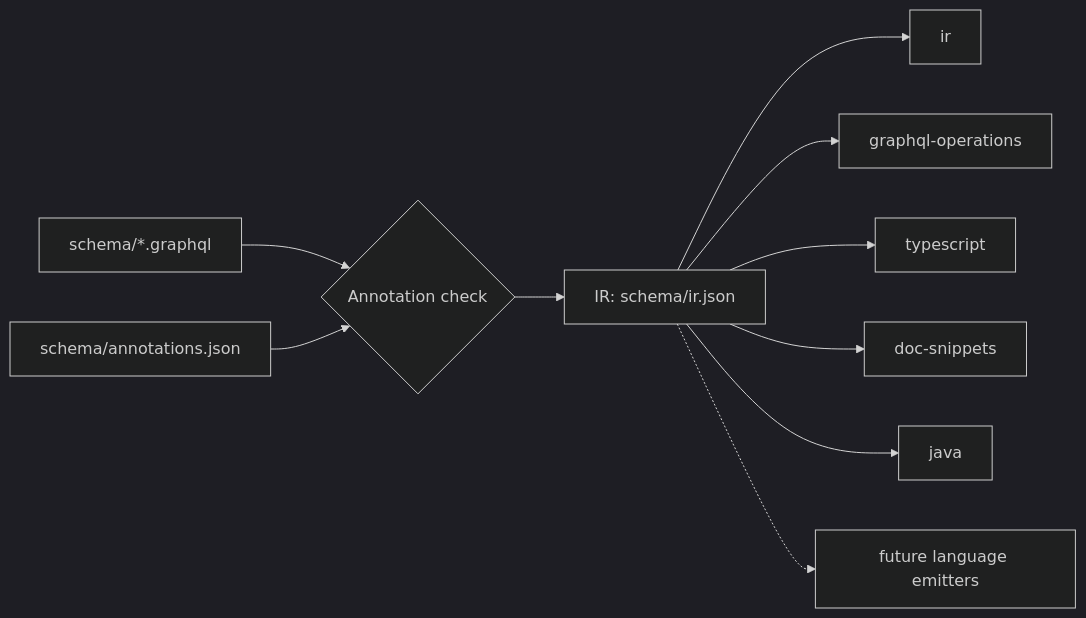
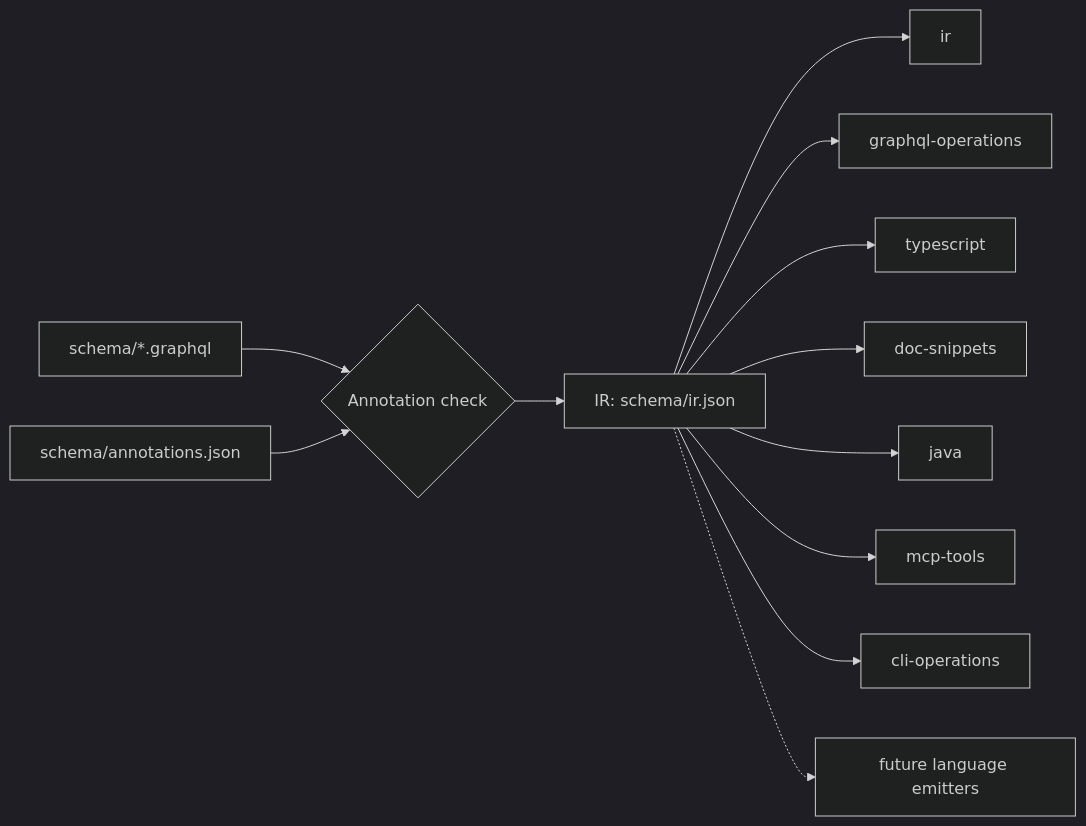
One commit to ConvoHop/sdks changed the diagram in docs/sdk-generation.md. Above: the diagram before and after it, drawn with Mermaid (dark theme). The commit also changed other lines of this file and 67 other files, not shown here.

First line of the commit message:
feat: add convohop CLI and IR-generated MCP server

````diff
--- a/docs/sdk-generation.md
+++ b/docs/sdk-generation.md
@@ -9,12 +9,14 @@
 ```mermaid
 flowchart LR
   S["schema/*.graphql"] --> C{"Annotation check"}
   A["schema/annotations.json"] --> C
   C --> I["IR: schema/ir.json"]
   I --> E1["ir"]
   I --> E2["graphql-operations"]
   I --> E3["typescript"]
   I --> E4["doc-snippets"]
   I --> EJ["java"]
+  I --> EM["mcp-tools"]
+  I --> EC["cli-operations"]
   I -.-> E5["future language emitters"]
 ```
````
